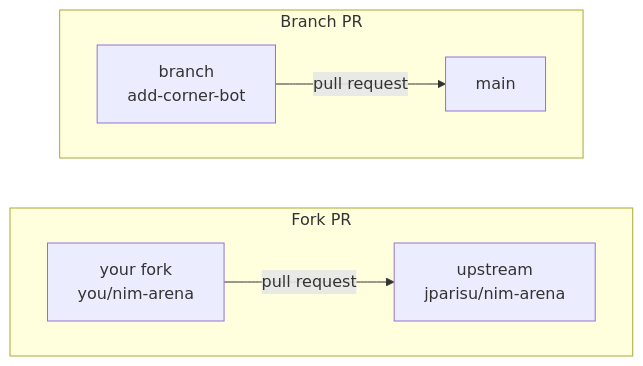
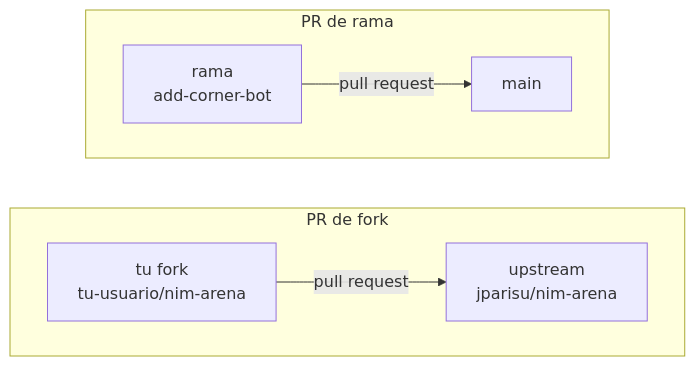
The diagram in docs/guide/github/pull-requests.md (jparisu/nim-arena), drawn with Mermaid before and after one commit. The commit also changed other lines of this file and 159 other files, not shown here.

````diff
--- a/docs/guide/github/pull-requests.md
+++ b/docs/guide/github/pull-requests.md
@@ -23,11 +24,11 @@
 ```mermaid
 flowchart LR
-    subgraph Fork PR
+    subgraph PR de fork
         direction LR
-        U["your fork<br/>you/nim-arena"] -->|pull request| O["upstream<br/>jparisu/nim-arena"]
+        U["tu fork<br/>tu-usuario/nim-arena"] -->|pull request| O["upstream<br/>jparisu/nim-arena"]
     end
-    subgraph Branch PR
+    subgraph PR de rama
         direction LR
-        B["branch<br/>add-corner-bot"] -->|pull request| M["main"]
+        B["rama<br/>add-corner-bot"] -->|pull request| M["main"]
     end
 ```
````
